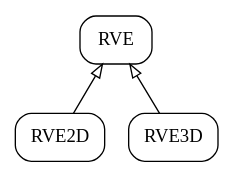
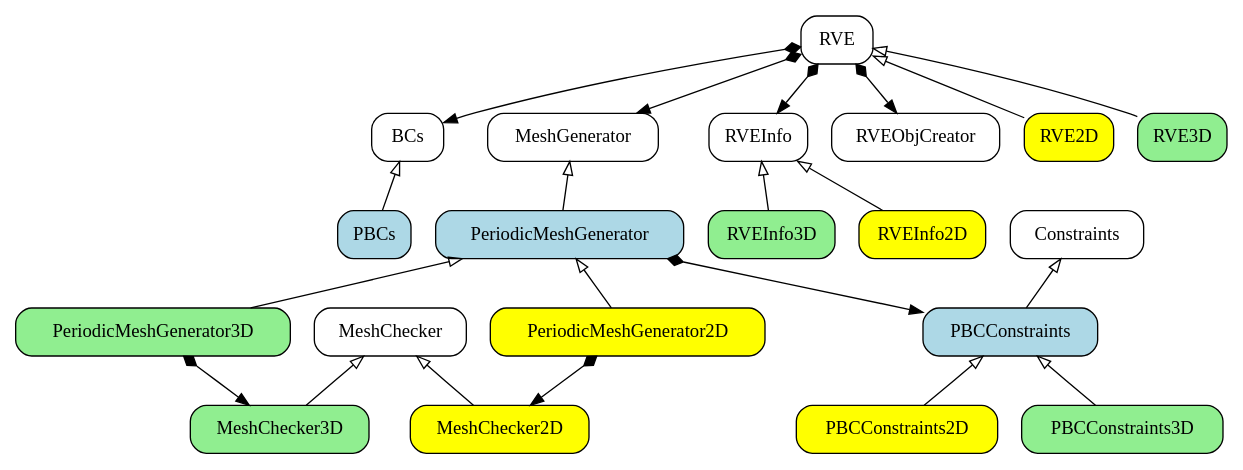
The diagram in uml/rve.gv (bessagroup/f3dasm), drawn with Graphviz before and after one commit. The commit also changed 1 other file, not shown here.

```diff
--- a/uml/rve.gv
+++ b/uml/rve.gv
@@ -1,20 +1,64 @@
 digraph RVE {
 
     node[shape=record, style=rounded]
     RVE[label = "{RVE}"]
+    BCs[label = "{BCs}"]
+    MeshGenerator[label = "{MeshGenerator}"]
+    MeshChecker[label = "{MeshChecker}"]
+    Constraints[label = "{Constraints}"]
+    RVEInfo[label="{RVEInfo}"]
+    RVEObjCreator[label="RVEObjCreator"]
+
+    node[shape=record, style="rounded, filled", fillcolor=lightblue]
+    PBCs[label = "{PBCs}"]
+    PBCConstraints[label = "{PBCConstraints}"]
+    PeriodicMeshGenerator[label= "{PeriodicMeshGenerator}"]
+
+    node[shape=record, style="rounded, filled", fillcolor=yellow]
     RVE2D[label = "{RVE2D}"]
+    PBCConstraints2D[label = "{PBCConstraints2D}"]
+    RVEInfo2D[label="{RVEInfo2D}"]
+    MeshChecker2D[label = "{MeshChecker2D}"]
+    PeriodicMeshGenerator2D[label= "{PeriodicMeshGenerator2D}"]
+
+    node[shape=record, style="rounded, filled", fillcolor=lightgreen]
     RVE3D[label = "{RVE3D}"]
+    PBCConstraints3D[label = "{PBCConstraints3D}"]
+    RVEInfo3D[label="{RVEInfo3D}"]
+    MeshChecker3D[label = "{MeshChecker3D}"]
+    PeriodicMeshGenerator3D[label= "{PeriodicMeshGenerator3D}"]
+
 
     // generalizations
     edge[dir=back, arrowtail=empty, style=normal]
     RVE->RVE2D
     RVE->RVE3D
+    BCs->PBCs
+    MeshGenerator->PeriodicMeshGenerator
+    Constraints->PBCConstraints
+    PBCConstraints->PBCConstraints2D
+    PBCConstraints->PBCConstraints3D
+    RVEInfo->RVEInfo2D
+    RVEInfo->RVEInfo3D
+    MeshChecker->MeshChecker2D
+    MeshChecker->MeshChecker3D
+    PeriodicMeshGenerator->PeriodicMeshGenerator2D
+    PeriodicMeshGenerator->PeriodicMeshGenerator3D
 
     // dependencies
     edge[dir=normal, arrowhead=normal, style=dashed]
 
     // compositions
     edge[dir=both, arrowtail=diamond, arrowhead=normal, style=normal]
+    RVE->RVEInfo
+    RVE->MeshGenerator
+    RVE->BCs
+    PeriodicMeshGenerator2D->MeshChecker2D
+    PeriodicMeshGenerator3D->MeshChecker3D
+    RVE->RVEObjCreator
+    PeriodicMeshGenerator->PBCConstraints
+
+
 
 
 }
```
